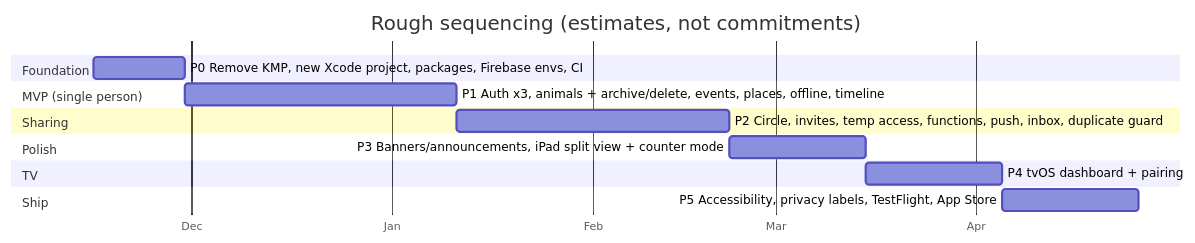
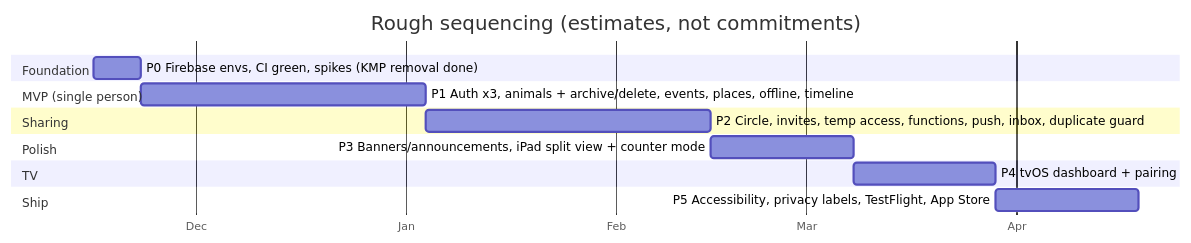
One commit to fiveSpeedMazdarati/Dog-Trackin-KMP changed the fifth of 5 diagrams in docs/implementation-plan.md. Above: the diagram before and after it, drawn with Mermaid. The commit also changed other lines of this file and 99 other files, not shown here.

First line of the commit message:
Replace KMP project with Swift-only XcodeGen project (iOS/tvOS 18)

````diff
--- a/docs/implementation-plan.md
+++ b/docs/implementation-plan.md
@@ -215,18 +216,18 @@
 ```mermaid
 gantt
   dateFormat  YYYY-MM-DD
   axisFormat  %b
   title Rough sequencing (estimates, not commitments)
   section Foundation
-  P0 Remove KMP, new Xcode project, packages, Firebase envs, CI :p0, 2026-11-16, 2w
+  P0 Firebase envs, CI green, spikes (KMP removal done) :p0, 2026-11-16, 1w
   section MVP (single person)
   P1 Auth x3, animals + archive/delete, events, places, offline, timeline :p1, after p0, 6w
   section Sharing
   P2 Circle, invites, temp access, functions, push, inbox, duplicate guard :p2, after p1, 6w
   section Polish
   P3 Banners/announcements, iPad split view + counter mode :p3, after p2, 3w
   section TV
   P4 tvOS dashboard + pairing :p4, after p3, 3w
   section Ship
   P5 Accessibility, privacy labels, TestFlight, App Store :p5, after p4, 3w
 ```
````
